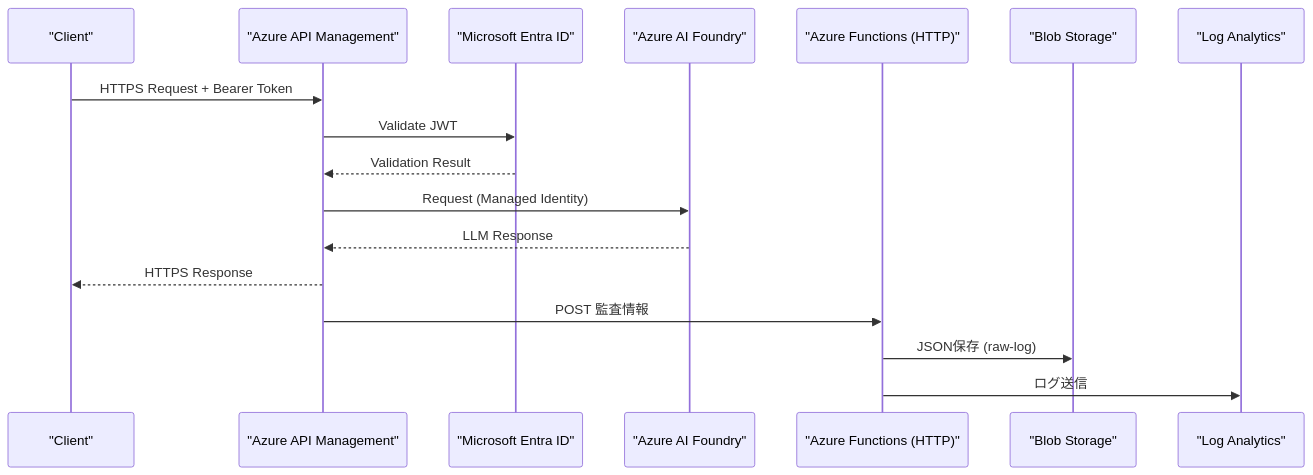
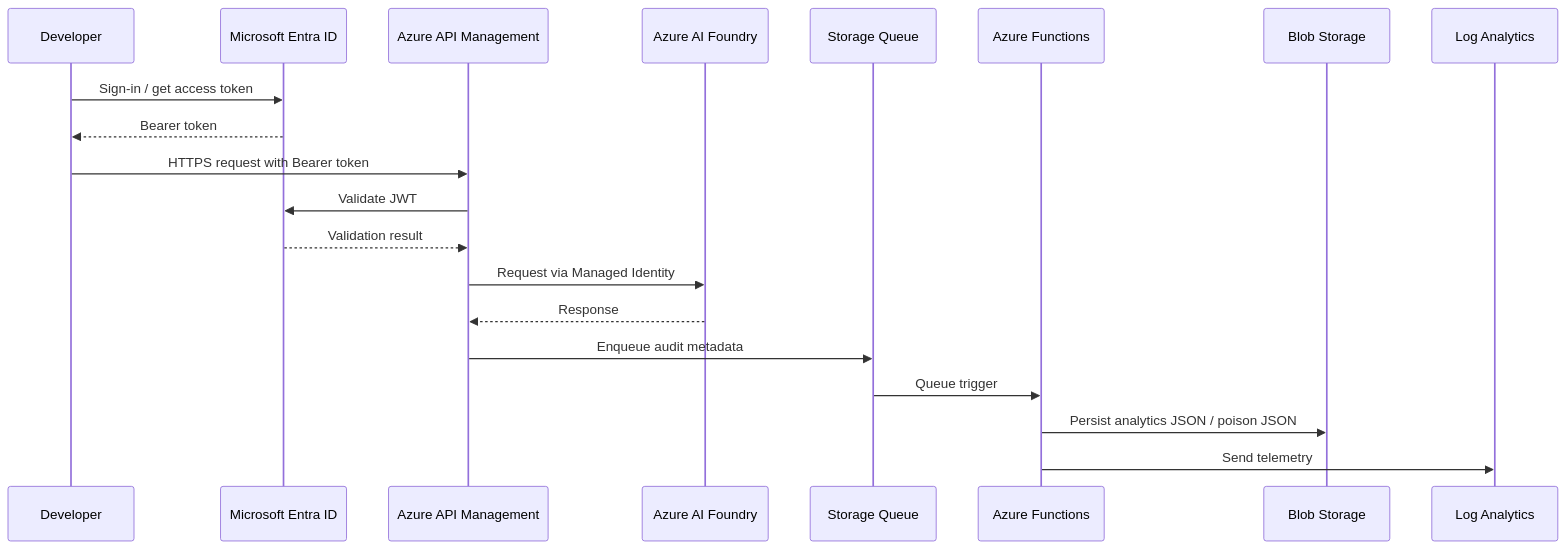
The second of 3 diagrams in docs/spec/diagram.md (75-8/FoundryAPI-use-insideCorp), drawn with Mermaid before and after one commit. The commit also changed other lines of this file and 4 other files, not shown here.

````diff
--- a/docs/spec/diagram.md
+++ b/docs/spec/diagram.md
@@ -45,29 +23,23 @@
 ```mermaid
 sequenceDiagram
+  participant Dev as Developer
+  participant Entra as Microsoft Entra ID
+  participant APIM as Azure API Management
+  participant Foundry as Azure AI Foundry
+  participant Queue as Storage Queue
+  participant Func as Azure Functions
+  participant Blob as Blob Storage
+  participant LAW as Log Analytics
 
-    participant Client as "Client"
-    participant APIM as "Azure API Management"
-    participant Entra as "Microsoft Entra ID"
-    participant Foundry as "Azure AI Foundry"
-    participant FuncHttp as "Azure Functions (HTTP)"
-    participant Blob as "Blob Storage"
-    participant LA as "Log Analytics"
-
-    Client->>APIM: HTTPS Request + Bearer Token
-
-    APIM->>Entra: Validate JWT
-
-    Entra-->>APIM: Validation Result
-
-    APIM->>Foundry: Request (Managed Identity)
-
-    Foundry-->>APIM: LLM Response
-
-    APIM-->>Client: HTTPS Response
-
-    APIM->>FuncHttp: POST 監査情報
-
-    FuncHttp->>Blob: JSON保存 (raw-log)
-
-    FuncHttp->>LA: ログ送信
+  Dev->>Entra: Sign-in / get access token
+  Entra-->>Dev: Bearer token
+  Dev->>APIM: HTTPS request with Bearer token
+  APIM->>Entra: Validate JWT
+  Entra-->>APIM: Validation result
+  APIM->>Foundry: Request via Managed Identity
+  Foundry-->>APIM: Response
+  APIM->>Queue: Enqueue audit metadata
+  Queue->>Func: Queue trigger
+  Func->>Blob: Persist analytics JSON / poison JSON
+  Func->>LAW: Send telemetry
 ```
````
